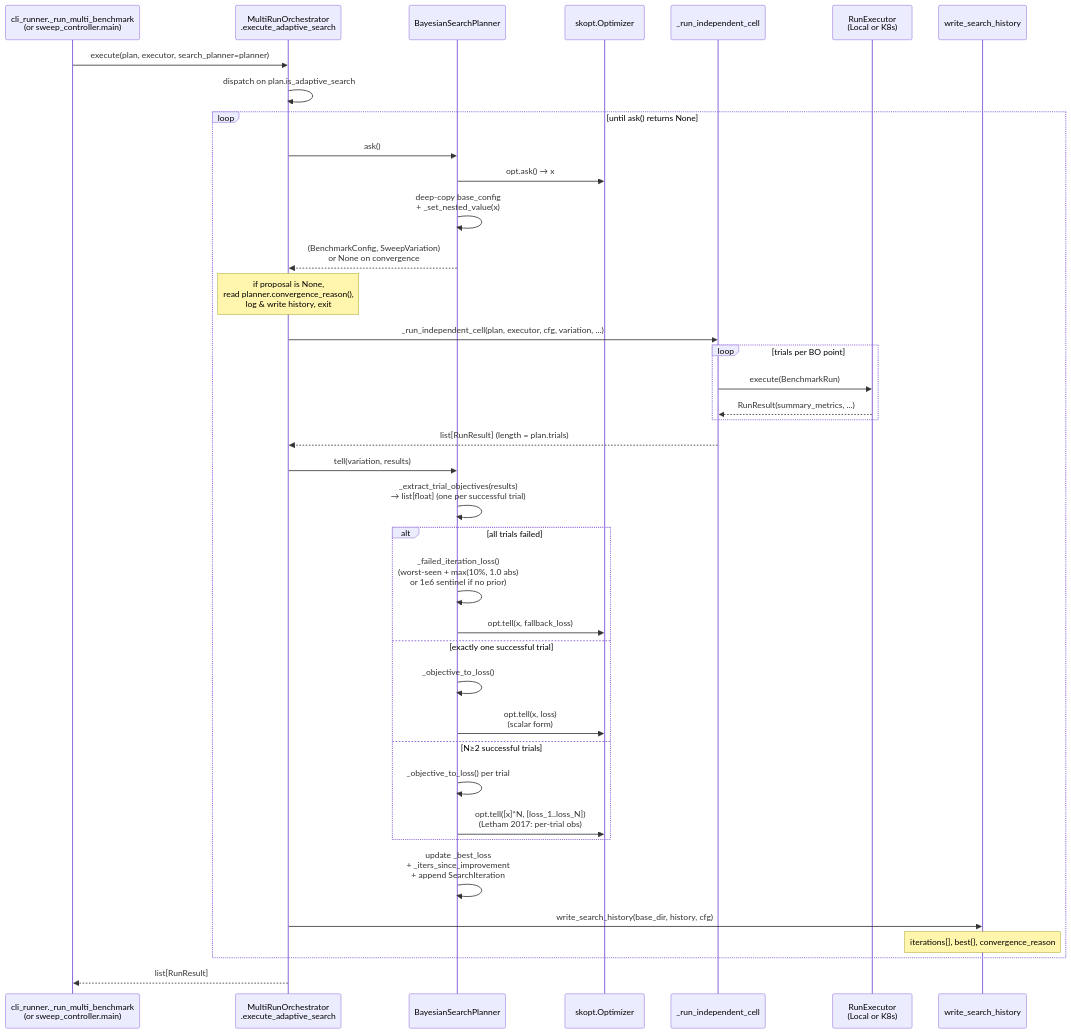
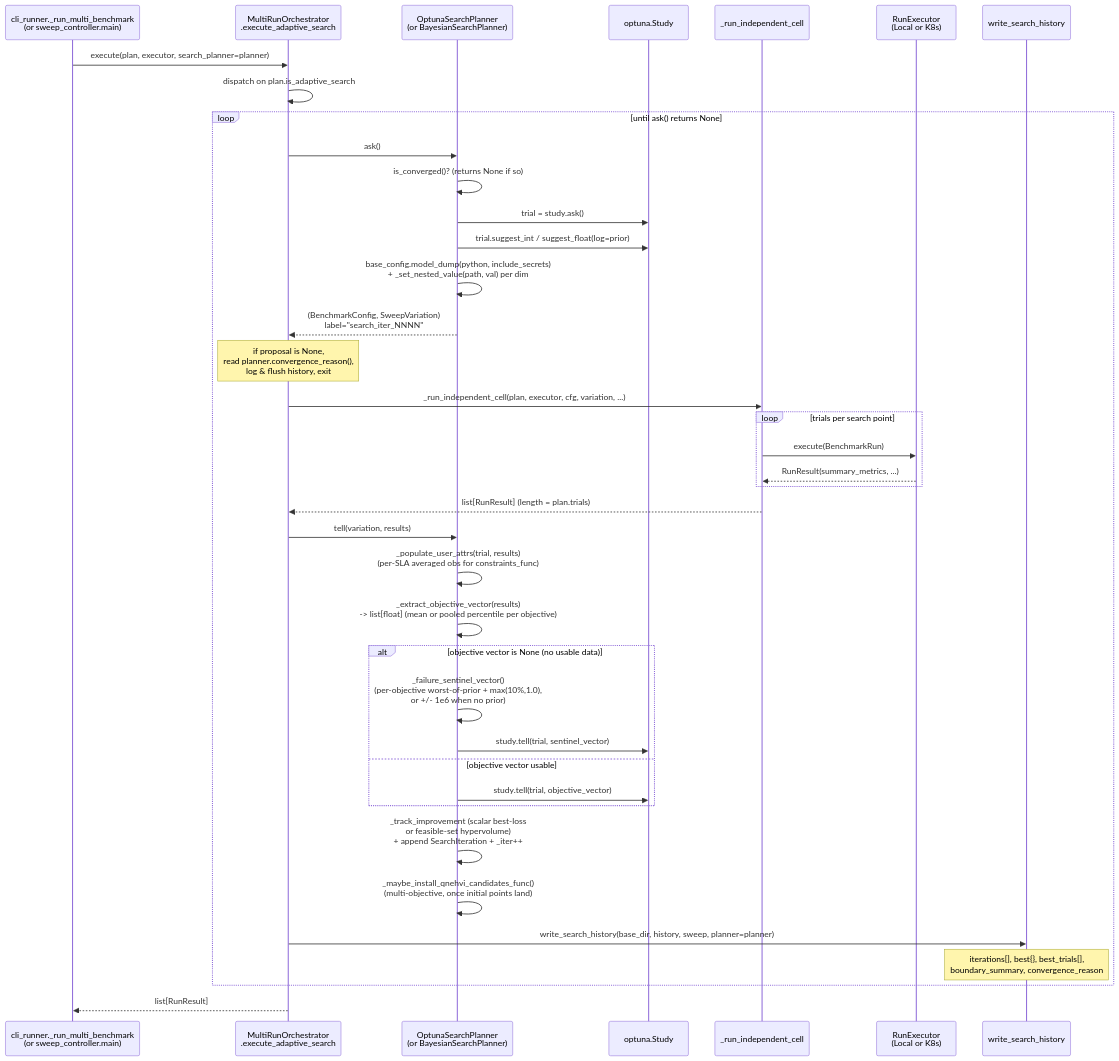
Before and after one commit to ai-dynamo/aiperf: the second of 3 diagrams in docs/reference/adaptive-search-architecture.md, drawn with Mermaid. The commit also changed other lines of this file, not shown here.

First line of the commit message:
docs(reference): rewrite adaptive-search-architecture onto Optuna/BoTorch

````diff
--- a/docs/reference/adaptive-search-architecture.md
+++ b/docs/reference/adaptive-search-architecture.md
@@ -162,48 +179,48 @@
 ```mermaid
 sequenceDiagram
     participant Runner as cli_runner._run_multi_benchmark<br/>(or sweep_controller.main)
     participant Orch as MultiRunOrchestrator<br/>.execute_adaptive_search
-    participant Planner as BayesianSearchPlanner
-    participant Skopt as skopt.Optimizer
+    participant Planner as OptunaSearchPlanner<br/>(or BayesianSearchPlanner)
+    participant Study as optuna.Study
     participant Cell as _run_independent_cell
     participant Exec as RunExecutor<br/>(Local or K8s)
     participant Hist as write_search_history
 
     Runner->>Orch: execute(plan, executor, search_planner=planner)
     Orch->>Orch: dispatch on plan.is_adaptive_search
 
     loop until ask() returns None
         Orch->>Planner: ask()
-        Planner->>Skopt: opt.ask() → x
-        Planner->>Planner: deep-copy base_config<br/>+ _set_nested_value(x)
-        Planner-->>Orch: (BenchmarkConfig, SweepVariation)<br/>or None on convergence
+        Planner->>Planner: is_converged()?  (returns None if so)
+        Planner->>Study: trial = study.ask()
+        Planner->>Study: trial.suggest_int / suggest_float(log=prior)
+        Planner->>Planner: base_config.model_dump(python, include_secrets)<br/>+ _set_nested_value(path, val) per dim
+        Planner-->>Orch: (BenchmarkConfig, SweepVariation)<br/>label="search_iter_NNNN"
 
-        Note over Orch: if proposal is None,<br/>read planner.convergence_reason(),<br/>log & write history, exit
+        Note over Orch: if proposal is None,<br/>read planner.convergence_reason(),<br/>log & flush history, exit
 
         Orch->>Cell: _run_independent_cell(plan, executor, cfg, variation, ...)
-        loop trials per BO point
+        loop trials per search point
             Cell->>Exec: execute(BenchmarkRun)
             Exec-->>Cell: RunResult(summary_metrics, ...)
         end
         Cell-->>Orch: list[RunResult] (length = plan.trials)
 
         Orch->>Planner: tell(variation, results)
-        Planner->>Planner: _extract_trial_objectives(results)<br/>→ list[float] (one per successful trial)
-        alt all trials failed
-            Planner->>Planner: _failed_iteration_loss()<br/>(worst-seen + max(10%, 1.0 abs)<br/>or 1e6 sentinel if no prior)
-            Planner->>Skopt: opt.tell(x, fallback_loss)
-        else exactly one successful trial
-            Planner->>Planner: _objective_to_loss()
-            Planner->>Skopt: opt.tell(x, loss)<br/>(scalar form)
-        else N≥2 successful trials
-            Planner->>Planner: _objective_to_loss() per trial
-            Planner->>Skopt: opt.tell([x]*N, [loss_1..loss_N])<br/>(Letham 2017: per-trial obs)
+        Planner->>Planner: _populate_user_attrs(trial, results)<br/>(per-SLA averaged obs for constraints_func)
+        Planner->>Planner: _extract_objective_vector(results)<br/>-> list[float] (mean or pooled percentile per objective)
+        alt objective vector is None (no usable data)
+            Planner->>Planner: _failure_sentinel_vector()<br/>(per-objective worst-of-prior + max(10%,1.0),<br/>or +/- 1e6 when no prior)
+            Planner->>Study: study.tell(trial, sentinel_vector)
+        else objective vector usable
+            Planner->>Study: study.tell(trial, objective_vector)
         end
-        Planner->>Planner: update _best_loss<br/>+ _iters_since_improvement<br/>+ append SearchIteration
+        Planner->>Planner: _track_improvement (scalar best-loss<br/>or feasible-set hypervolume)<br/>+ append SearchIteration + _iter++
+        Planner->>Planner: _maybe_install_qnehvi_candidates_func()<br/>(multi-objective, once initial points land)
 
-        Orch->>Hist: write_search_history(base_dir, history, cfg)
-        Note over Hist: iterations[], best{}, convergence_reason
+        Orch->>Hist: write_search_history(base_dir, history, sweep, planner=planner)
+        Note over Hist: iterations[], best{}, best_trials[],<br/>boundary_summary, convergence_reason
     end
 
     Orch-->>Runner: list[RunResult]
 ```
````
